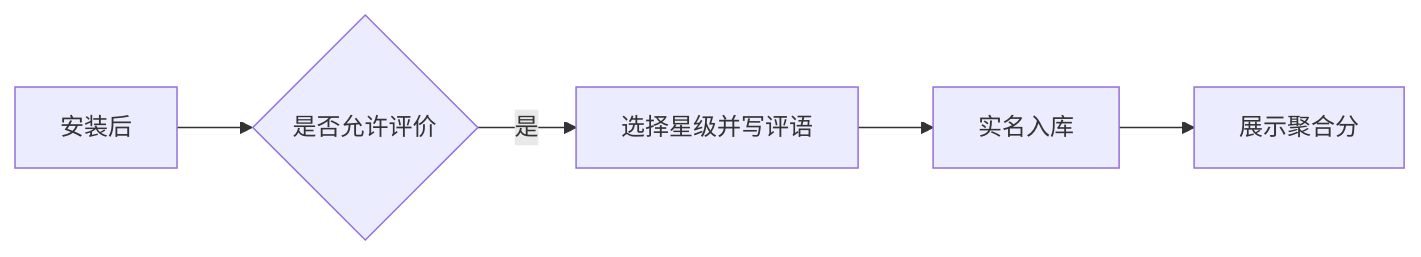
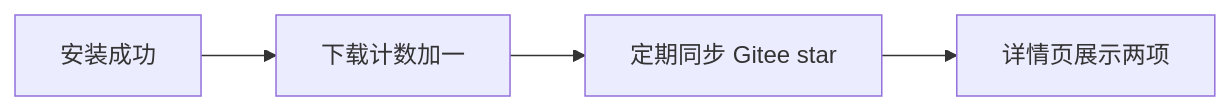
Before and after one commit to hrygo/heluo-forge: the third of 3 diagrams in docs/design/plugins/forge-market.md, drawn with Mermaid. The commit also changed other lines of this file and 3 other files, not shown here.

````diff
--- a/docs/design/plugins/forge-market.md
+++ b/docs/design/plugins/forge-market.md
@@ -140,7 +138,6 @@
 ```mermaid
 flowchart LR
-  A[安装后] --> B{是否允许评价}
-  B -->|是| C[选择星级并写评语]
-  C --> D[实名入库]
-  D --> E[展示聚合分]
+  A[安装成功] --> B[下载计数加一]
+  B --> C[定期同步 Gitee star]
+  C --> D[详情页展示两项]
 ```
````
